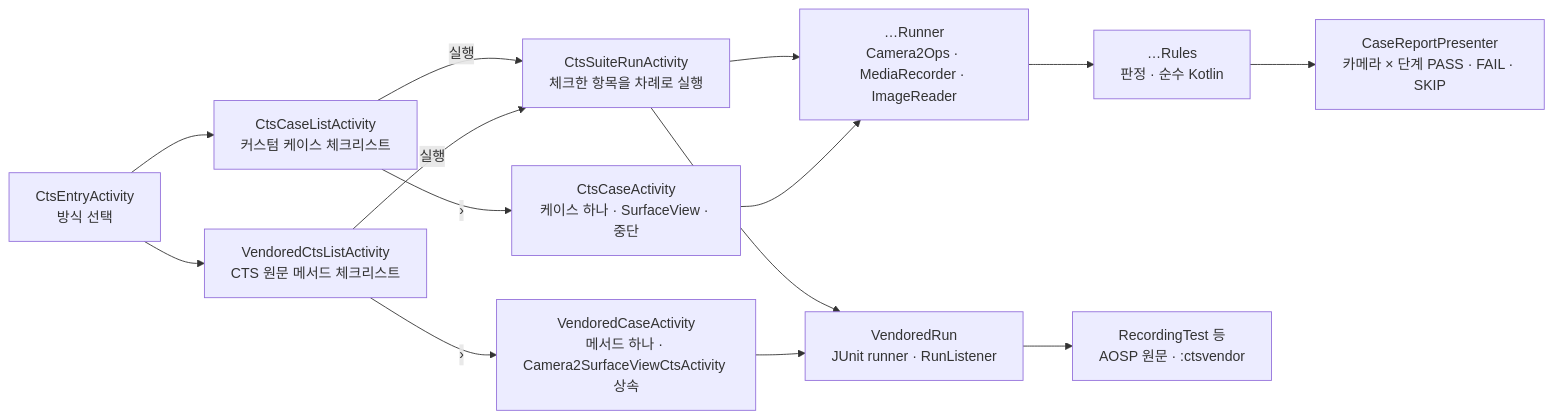
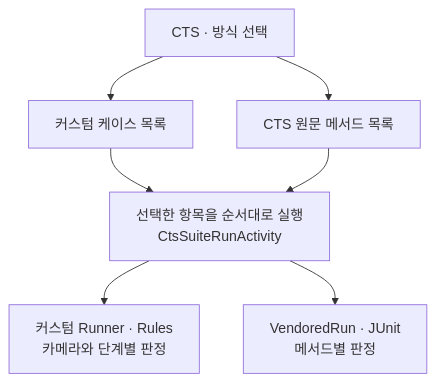
One commit to TTolsun/hal-camera changed the diagram in guide/cts.md. Above: the diagram before and after it, drawn with Mermaid. The commit also changed other lines of this file and 47 other files, not shown here.

Commit message:
Unify documentation design and improve diagram readability

````diff
--- a/guide/cts.md
+++ b/guide/cts.md
@@ -8,16 +8,9 @@
 ```mermaid
-flowchart LR
-    E["CtsEntryActivity<br/>방식 선택"] --> L["CtsCaseListActivity<br/>커스텀 케이스 체크리스트"]
-    E --> V["VendoredCtsListActivity<br/>CTS 원문 메서드 체크리스트"]
-    L -->|실행| S["CtsSuiteRunActivity<br/>체크한 항목을 차례로 실행"]
-    V -->|실행| S
-    L -->|›| A["CtsCaseActivity<br/>케이스 하나 · SurfaceView · 중단"]
-    S --> R["…Runner<br/>Camera2Ops · MediaRecorder · ImageReader"]
-    A --> R
-    R --> J["…Rules<br/>판정 · 순수 Kotlin"]
-    J --> P["CaseReportPresenter<br/>카메라 × 단계 PASS · FAIL · SKIP"]
-    V -->|›| H["VendoredCaseActivity<br/>메서드 하나 · Camera2SurfaceViewCtsActivity 상속"]
-    S --> U["VendoredRun<br/>JUnit runner · RunListener"]
-    H --> U
-    U --> T["RecordingTest 등<br/>AOSP 원문 · :ctsvendor"]
+flowchart TB
+    entry["CTS · 방식 선택"] --> custom["커스텀 케이스 목록"]
+    entry --> vendored["CTS 원문 메서드 목록"]
+    custom --> suite["선택한 항목을 순서대로 실행<br/>CtsSuiteRunActivity"]
+    vendored --> suite
+    suite --> rules["커스텀 Runner · Rules<br/>카메라와 단계별 판정"]
+    suite --> junit["VendoredRun · JUnit<br/>메서드별 판정"]
 ```
````
